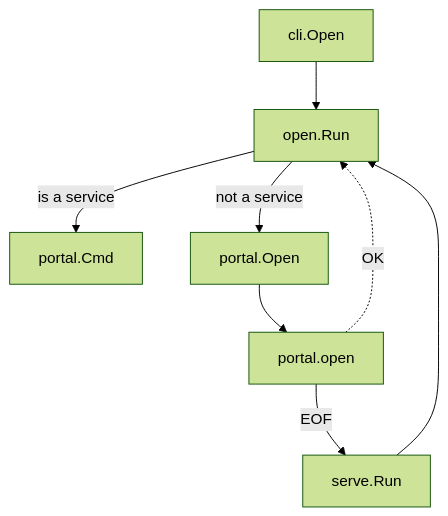
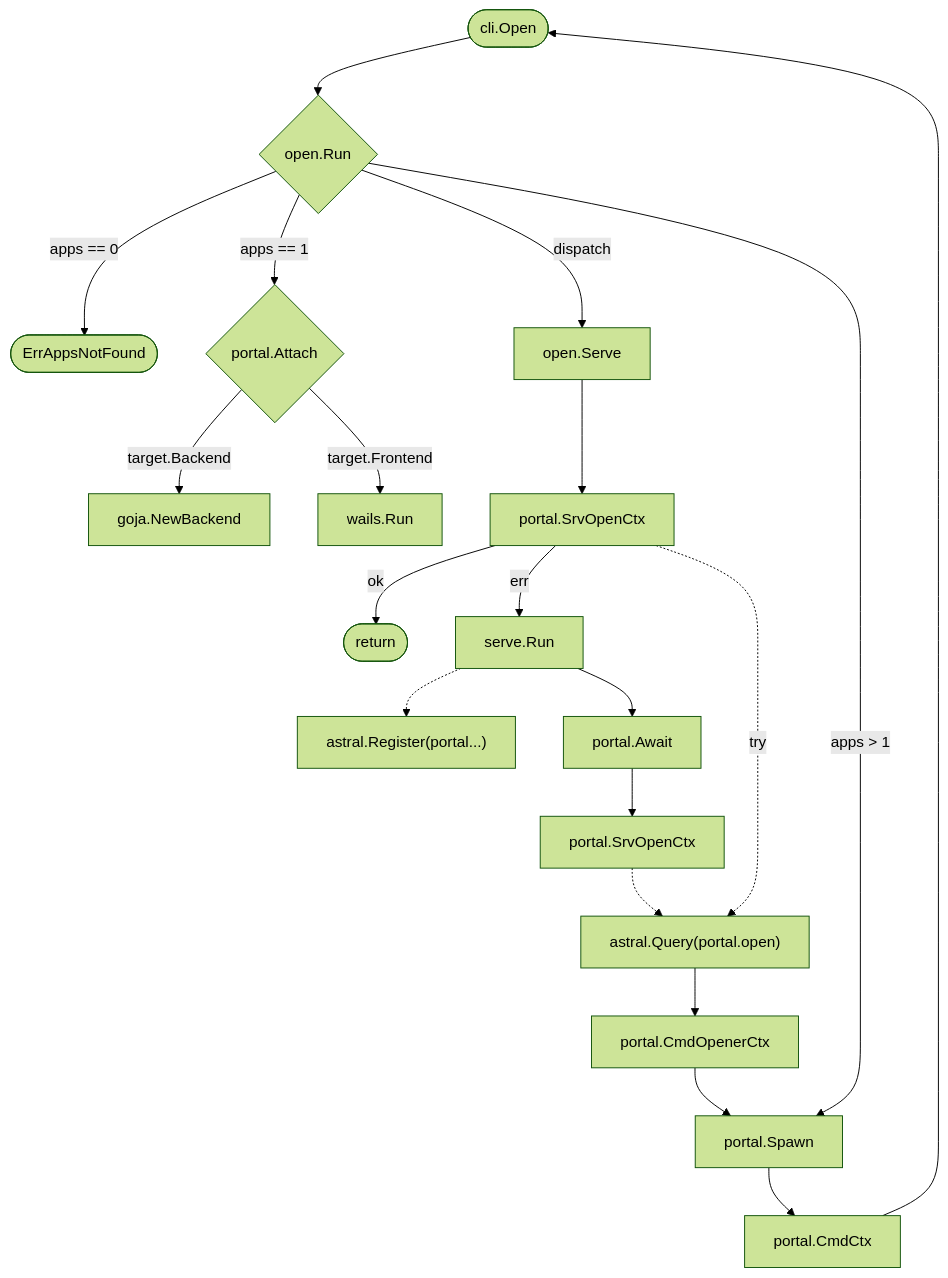
Before and after one commit to cryptopunkscc/portal: the diagram in feat/open/flow.md, drawn with Mermaid (forest theme). The commit also changed 1 other file, not shown here.

Commit message:
doc(open): add flow diagram

````diff
--- a/feat/open/flow.md
+++ b/feat/open/flow.md
@@ -1,10 +1,36 @@
 ```mermaid
 flowchart
     cli.Open --> open.Run
-    open.Run -- is a service --> portal.Cmd
-    open.Run -- not a service --> portal.Open
-    portal.Open --> portal.open
-    portal.open -. OK .-> open.Run
-    portal.open -- EOF --> serve.Run
-    serve.Run --> open.Run
+    open.Run -- apps == 0 --> ErrAppsNotFound
+    open.Run -- apps == 1 --> portal.Attach
+    open.Run -- dispatch --> open.Serve
+    open.Run -- apps > 1 --> portal.Spawn
+
+    portal.SrvOpenCtx -- ok --> return
+    open.Serve --> portal.SrvOpenCtx
+    serve.Run -.-> register.portal
+    serve.Run --> portal.Await
+    portal.SrvOpenCtx -- err --> serve.Run
+    portal.SrvOpenCtx -.try.-> portal.open
+    portal.Await --> portal.SrvOpenCtx2
+    portal.SrvOpenCtx2 -.-> portal.open
+
+    portal.Attach -- target.Backend --> goja.NewBackend
+    portal.Attach -- target.Frontend --> wails.Run
+
+    portal.Spawn --> portal.CmdCtx
+    portal.CmdCtx --> cli.Open
+    
+    portal.open --> portal.CmdOpenerCtx
+    portal.CmdOpenerCtx --> portal.Spawn
+
+    cli.Open([cli.Open])
+    open.Run{open.Run}
+    ErrAppsNotFound([ErrAppsNotFound])
+    portal.Attach{portal.Attach}
+    portal.SrvOpenCtx[portal.SrvOpenCtx]
+    return([return])
+    register.portal["astral.Register(portal...)"]
+    portal.open["astral.Query(portal.open)"]
+    portal.SrvOpenCtx2[portal.SrvOpenCtx]
 ```
````
